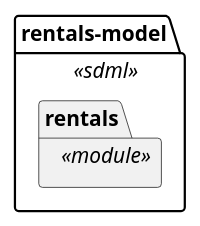
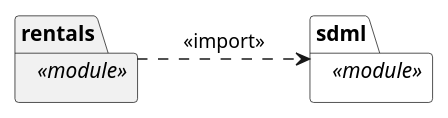
One commit to sdm-lang/tree-sitter-sdml changed the sixth of 19 diagrams in docs/uml-profile.org. Above: the diagram before and after it, drawn with PlantUML. The commit also changed other lines of this file and 25 other files, not shown here.

Commit message:
docs: working on UML profile

```diff
--- a/docs/uml-profile.org
+++ b/docs/uml-profile.org
@@ -87,10 +242,16 @@
-#+BEGIN_SRC plantuml :file uml-ex-module.svg
+#+BEGIN_SRC plantuml :file uml-ex-module-imports.svg
 skinparam backgroundColor transparent
+skinparam style strictuml
+skinparam linetype polyline
+skinparam nodesep 60
+
 hide circle
 hide members
 
-package rentals-model <<sdml>> {
-  package rentals <<module>> {
-  }
+package rentals <<module>> {
 }
+package sdml <<module>> #white {
+}
+
+rentals .> sdml: <<import>>
 #+END_SRC
```
